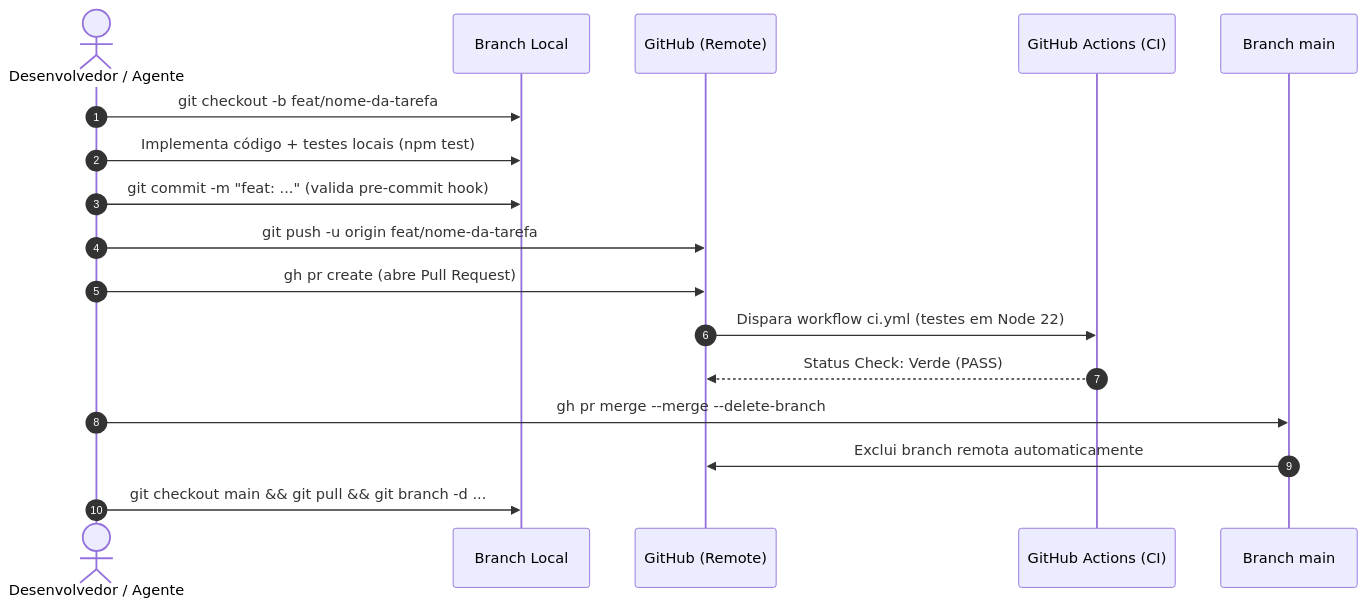
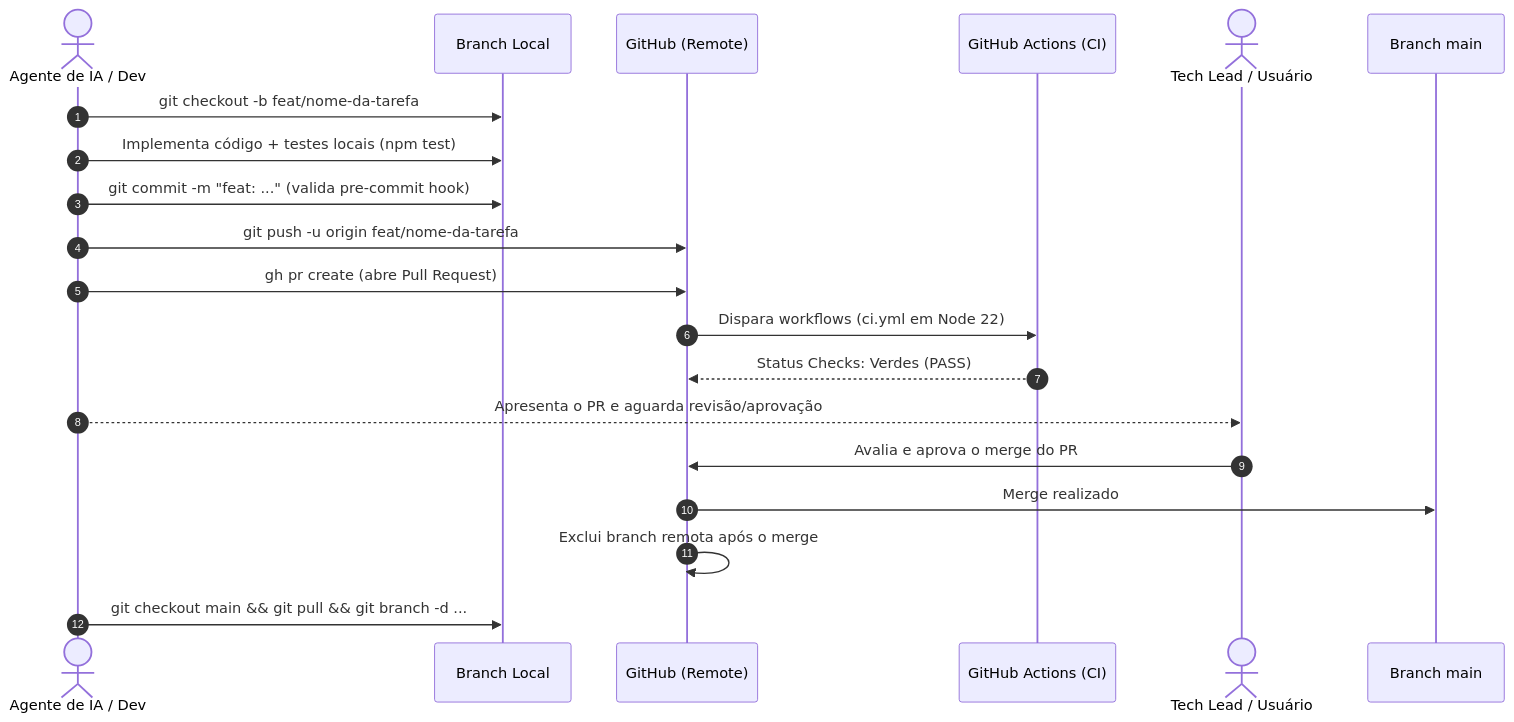
One commit to novaes11/PersonalController changed the second of 3 diagrams in docs/development-workflow-playbook.md. Above: the diagram before and after it, drawn with Mermaid. The commit also changed other lines of this file, not shown here.

Commit message:
docs: atualizar playbook com aprovacao humana obrigatoria antes do merge

````diff
--- a/docs/development-workflow-playbook.md
+++ b/docs/development-workflow-playbook.md
@@ -100,20 +100,23 @@
 ```mermaid
 sequenceDiagram
     autonumber
-    actor Dev as Desenvolvedor / Agente
+    actor Dev as Agente de IA / Dev
     participant Local as Branch Local
     participant Remote as GitHub (Remote)
     participant CI as GitHub Actions (CI)
+    actor Lead as Tech Lead / Usuário
     participant Main as Branch main
 
     Dev->>Local: git checkout -b feat/nome-da-tarefa
     Dev->>Local: Implementa código + testes locais (npm test)
     Dev->>Local: git commit -m "feat: ..." (valida pre-commit hook)
     Dev->>Remote: git push -u origin feat/nome-da-tarefa
     Dev->>Remote: gh pr create (abre Pull Request)
-    Remote->>CI: Dispara workflow ci.yml (testes em Node 22)
-    CI-->>Remote: Status Check: Verde (PASS)
-    Dev->>Main: gh pr merge --merge --delete-branch
-    Main->>Remote: Exclui branch remota automaticamente
+    Remote->>CI: Dispara workflows (ci.yml em Node 22)
+    CI-->>Remote: Status Checks: Verdes (PASS)
+    Dev-->>Lead: Apresenta o PR e aguarda revisão/aprovação
+    Lead->>Remote: Avalia e aprova o merge do PR
+    Remote->>Main: Merge realizado
+    Remote->>Remote: Exclui branch remota após o merge
     Dev->>Local: git checkout main && git pull && git branch -d ...
 ```
````
